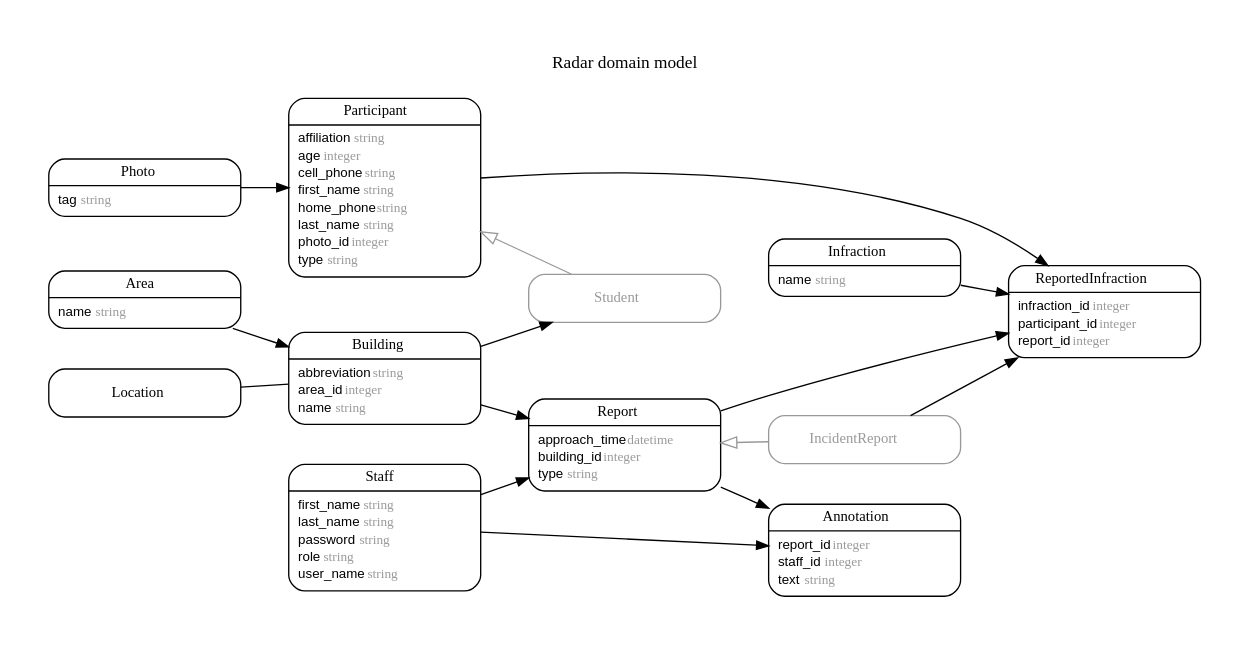
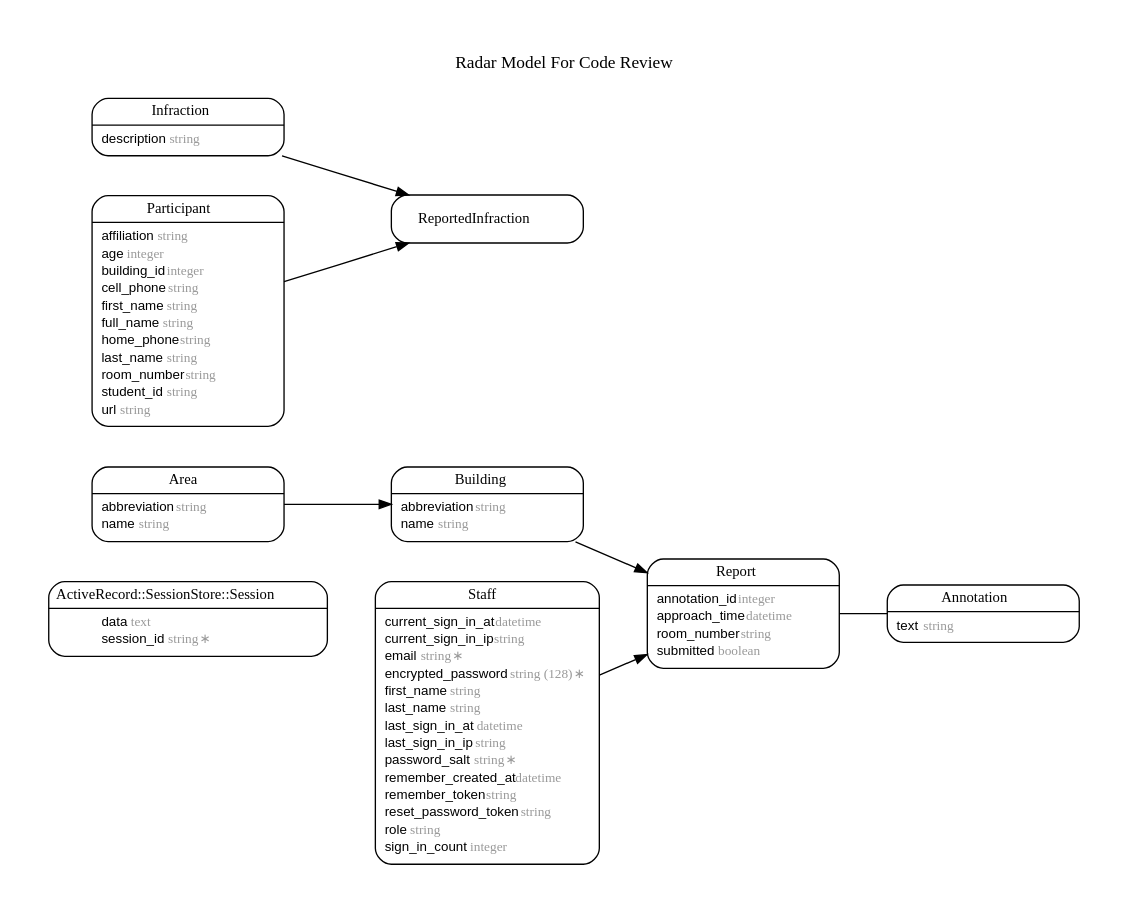
Before and after one commit to rkgordon3/radar: the diagram in ERD.dot, drawn with Graphviz. The commit also changed 5 other files, not shown here.

Commit message:
working on code review (commenting and clean-up mostly)

```diff
--- a/ERD.dot
+++ b/ERD.dot
@@ -1,123 +1,109 @@
 digraph Radar {
-  rankdir = "LR"; ranksep = "0.5"; nodesep = "0.4"; pad = "0.4,0.4"; margin = "0,0"; concentrate = "true"; labelloc = "t"; fontsize = "13"; fontname = "Arial Bold";
-  node [shape = "Mrecord", fontsize = "10", fontname = "Arial", margin = "0.07,0.05", penwidth = "1.0"];
-  edge [fontname = "Arial", fontsize = "7", dir = "both", arrowsize = "0.9", penwidth = "1.0", labelangle = "32", labeldistance = "1.8"];
-  label = "Radar domain model\n\n";
+  fontsize = "13"; nodesep = "0.4"; fontname = "Arial Bold"; pad = "0.4,0.4"; margin = "0,0"; rankdir = "LR"; concentrate = "true"; labelloc = "t"; ranksep = "0.5";
+  node [fontsize = "10", fontname = "Arial", margin = "0.07,0.05", shape = "Mrecord", penwidth = "1.0"];
+  edge [fontsize = "7", arrowsize = "0.9", fontname = "Arial", labelangle = "32", labeldistance = "1.8", dir = "both", penwidth = "1.0"];
+  label = "Radar Model For Code Review\n\n";
+  "ActiveRecord::SessionStore::Session" [label = <<table border="0" align="center" cellspacing="0.5" cellpadding="0" width="134">
+  <tr><td align="center" valign="bottom" width="130"><font face="Arial Bold" point-size="11">ActiveRecord::SessionStore::Session</font></td></tr>
+</table>
+|
+<table border="0" align="left" cellspacing="2" cellpadding="0" width="134">
+  <tr><td align="left" width="130" port="data">data <font face="Arial Italic" color="grey60">text</font></td></tr>
+  <tr><td align="left" width="130" port="session_id">session_id <font face="Arial Italic" color="grey60">string ∗</font></td></tr>
+</table>
+>];
   Annotation [label = <<table border="0" align="center" cellspacing="0.5" cellpadding="0" width="134">
   <tr><td align="center" valign="bottom" width="130"><font face="Arial Bold" point-size="11">Annotation</font></td></tr>
 </table>
 |
 <table border="0" align="left" cellspacing="2" cellpadding="0" width="134">
-  <tr><td align="left" width="130" port="report_id">report_id <font face="Arial Italic" color="grey60">integer</font></td></tr>
-  <tr><td align="left" width="130" port="staff_id">staff_id <font face="Arial Italic" color="grey60">integer</font></td></tr>
   <tr><td align="left" width="130" port="text">text <font face="Arial Italic" color="grey60">string</font></td></tr>
 </table>
 >];
   Area [label = <<table border="0" align="center" cellspacing="0.5" cellpadding="0" width="134">
   <tr><td align="center" valign="bottom" width="130"><font face="Arial Bold" point-size="11">Area</font></td></tr>
 </table>
 |
 <table border="0" align="left" cellspacing="2" cellpadding="0" width="134">
+  <tr><td align="left" width="130" port="abbreviation">abbreviation <font face="Arial Italic" color="grey60">string</font></td></tr>
   <tr><td align="left" width="130" port="name">name <font face="Arial Italic" color="grey60">string</font></td></tr>
 </table>
 >];
   Building [label = <<table border="0" align="center" cellspacing="0.5" cellpadding="0" width="134">
   <tr><td align="center" valign="bottom" width="130"><font face="Arial Bold" point-size="11">Building</font></td></tr>
 </table>
 |
 <table border="0" align="left" cellspacing="2" cellpadding="0" width="134">
   <tr><td align="left" width="130" port="abbreviation">abbreviation <font face="Arial Italic" color="grey60">string</font></td></tr>
-  <tr><td align="left" width="130" port="area_id">area_id <font face="Arial Italic" color="grey60">integer</font></td></tr>
   <tr><td align="left" width="130" port="name">name <font face="Arial Italic" color="grey60">string</font></td></tr>
-</table>
->];
-  IncidentReport [color = "grey60", fontcolor = "grey60", label = <<table border="0" align="center" cellspacing="0.5" cellpadding="0" width="134">
-  <tr><td align="center" valign="bottom" width="130"><font face="Arial Bold" point-size="11">IncidentReport</font></td></tr>
 </table>
 >];
   Infraction [label = <<table border="0" align="center" cellspacing="0.5" cellpadding="0" width="134">
   <tr><td align="center" valign="bottom" width="130"><font face="Arial Bold" point-size="11">Infraction</font></td></tr>
 </table>
 |
 <table border="0" align="left" cellspacing="2" cellpadding="0" width="134">
-  <tr><td align="left" width="130" port="name">name <font face="Arial Italic" color="grey60">string</font></td></tr>
-</table>
->];
-  Location [label = <<table border="0" align="center" cellspacing="0.5" cellpadding="0" width="134">
-  <tr><td align="center" valign="bottom" width="130"><font face="Arial Bold" point-size="11">Location</font></td></tr>
+  <tr><td align="left" width="130" port="description">description <font face="Arial Italic" color="grey60">string</font></td></tr>
 </table>
 >];
   Participant [label = <<table border="0" align="center" cellspacing="0.5" cellpadding="0" width="134">
   <tr><td align="center" valign="bottom" width="130"><font face="Arial Bold" point-size="11">Participant</font></td></tr>
 </table>
 |
 <table border="0" align="left" cellspacing="2" cellpadding="0" width="134">
   <tr><td align="left" width="130" port="affiliation">affiliation <font face="Arial Italic" color="grey60">string</font></td></tr>
   <tr><td align="left" width="130" port="age">age <font face="Arial Italic" color="grey60">integer</font></td></tr>
+  <tr><td align="left" width="130" port="building_id">building_id <font face="Arial Italic" color="grey60">integer</font></td></tr>
   <tr><td align="left" width="130" port="cell_phone">cell_phone <font face="Arial Italic" color="grey60">string</font></td></tr>
   <tr><td align="left" width="130" port="first_name">first_name <font face="Arial Italic" color="grey60">string</font></td></tr>
+  <tr><td align="left" width="130" port="full_name">full_name <font face="Arial Italic" color="grey60">string</font></td></tr>
   <tr><td align="left" width="130" port="home_phone">home_phone <font face="Arial Italic" color="grey60">string</font></td></tr>
   <tr><td align="left" width="130" port="last_name">last_name <font face="Arial Italic" color="grey60">string</font></td></tr>
-  <tr><td align="left" width="130" port="photo_id">photo_id <font face="Arial Italic" color="grey60">integer</font></td></tr>
-  <tr><td align="left" width="130" port="type">type <font face="Arial Italic" color="grey60">string</font></td></tr>
-</table>
->];
-  Photo [label = <<table border="0" align="center" cellspacing="0.5" cellpadding="0" width="134">
-  <tr><td align="center" valign="bottom" width="130"><font face="Arial Bold" point-size="11">Photo</font></td></tr>
-</table>
-|
-<table border="0" align="left" cellspacing="2" cellpadding="0" width="134">
-  <tr><td align="left" width="130" port="tag">tag <font face="Arial Italic" color="grey60">string</font></td></tr>
+  <tr><td align="left" width="130" port="room_number">room_number <font face="Arial Italic" color="grey60">string</font></td></tr>
+  <tr><td align="left" width="130" port="student_id">student_id <font face="Arial Italic" color="grey60">string</font></td></tr>
+  <tr><td align="left" width="130" port="url">url <font face="Arial Italic" color="grey60">string</font></td></tr>
 </table>
 >];
   Report [label = <<table border="0" align="center" cellspacing="0.5" cellpadding="0" width="134">
   <tr><td align="center" valign="bottom" width="130"><font face="Arial Bold" point-size="11">Report</font></td></tr>
 </table>
 |
 <table border="0" align="left" cellspacing="2" cellpadding="0" width="134">
+  <tr><td align="left" width="130" port="annotation_id">annotation_id <font face="Arial Italic" color="grey60">integer</font></td></tr>
   <tr><td align="left" width="130" port="approach_time">approach_time <font face="Arial Italic" color="grey60">datetime</font></td></tr>
-  <tr><td align="left" width="130" port="building_id">building_id <font face="Arial Italic" color="grey60">integer</font></td></tr>
-  <tr><td align="left" width="130" port="type">type <font face="Arial Italic" color="grey60">string</font></td></tr>
+  <tr><td align="left" width="130" port="room_number">room_number <font face="Arial Italic" color="grey60">string</font></td></tr>
+  <tr><td align="left" width="130" port="submitted">submitted <font face="Arial Italic" color="grey60">boolean</font></td></tr>
 </table>
 >];
   ReportedInfraction [label = <<table border="0" align="center" cellspacing="0.5" cellpadding="0" width="134">
   <tr><td align="center" valign="bottom" width="130"><font face="Arial Bold" point-size="11">ReportedInfraction</font></td></tr>
-</table>
-|
-<table border="0" align="left" cellspacing="2" cellpadding="0" width="134">
-  <tr><td align="left" width="130" port="infraction_id">infraction_id <font face="Arial Italic" color="grey60">integer</font></td></tr>
-  <tr><td align="left" width="130" port="participant_id">participant_id <font face="Arial Italic" color="grey60">integer</font></td></tr>
-  <tr><td align="left" width="130" port="report_id">report_id <font face="Arial Italic" color="grey60">integer</font></td></tr>
 </table>
 >];
   Staff [label = <<table border="0" align="center" cellspacing="0.5" cellpadding="0" width="134">
   <tr><td align="center" valign="bottom" width="130"><font face="Arial Bold" point-size="11">Staff</font></td></tr>
 </table>
 |
 <table border="0" align="left" cellspacing="2" cellpadding="0" width="134">
+  <tr><td align="left" width="130" port="current_sign_in_at">current_sign_in_at <font face="Arial Italic" color="grey60">datetime</font></td></tr>
+  <tr><td align="left" width="130" port="current_sign_in_ip">current_sign_in_ip <font face="Arial Italic" color="grey60">string</font></td></tr>
+  <tr><td align="left" width="130" port="email">email <font face="Arial Italic" color="grey60">string ∗</font></td></tr>
+  <tr><td align="left" width="130" port="encrypted_password">encrypted_password <font face="Arial Italic" color="grey60">string (128) ∗</font></td></tr>
   <tr><td align="left" width="130" port="first_name">first_name <font face="Arial Italic" color="grey60">string</font></td></tr>
   <tr><td align="left" width="130" port="last_name">last_name <font face="Arial Italic" color="grey60">string</font></td></tr>
-  <tr><td align="left" width="130" port="password">password <font face="Arial Italic" color="grey60">string</font></td></tr>
+  <tr><td align="left" width="130" port="last_sign_in_at">last_sign_in_at <font face="Arial Italic" color="grey60">datetime</font></td></tr>
+  <tr><td align="left" width="130" port="last_sign_in_ip">last_sign_in_ip <font face="Arial Italic" color="grey60">string</font></td></tr>
+  <tr><td align="left" width="130" port="password_salt">password_salt <font face="Arial Italic" color="grey60">string ∗</font></td></tr>
+  <tr><td align="left" width="130" port="remember_created_at">remember_created_at <font face="Arial Italic" color="grey60">datetime</font></td></tr>
+  <tr><td align="left" width="130" port="remember_token">remember_token <font face="Arial Italic" color="grey60">string</font></td></tr>
+  <tr><td align="left" width="130" port="reset_password_token">reset_password_token <font face="Arial Italic" color="grey60">string</font></td></tr>
   <tr><td align="left" width="130" port="role">role <font face="Arial Italic" color="grey60">string</font></td></tr>
-  <tr><td align="left" width="130" port="user_name">user_name <font face="Arial Italic" color="grey60">string</font></td></tr>
+  <tr><td align="left" width="130" port="sign_in_count">sign_in_count <font face="Arial Italic" color="grey60">integer</font></td></tr>
 </table>
 >];
-  Student [color = "grey60", fontcolor = "grey60", label = <<table border="0" align="center" cellspacing="0.5" cellpadding="0" width="134">
-  <tr><td align="center" valign="bottom" width="130"><font face="Arial Bold" point-size="11">Student</font></td></tr>
-</table>
->];
-  Participant -> Student [color = "grey60", arrowtail = "onormal", arrowhead = "none", arrowsize = "1.2"]
-  Report -> IncidentReport [color = "grey60", arrowtail = "onormal", arrowhead = "none", arrowsize = "1.2"]
-  Staff -> Annotation [arrowhead = "normal", arrowtail = "none", weight = "1"]
-  Report -> Annotation [arrowhead = "normal", arrowtail = "none", weight = "3"]
-  Area -> Building [arrowhead = "normal", arrowtail = "none", weight = "1"]
-  Staff -> Report [arrowhead = "normal", arrowtail = "none", weight = "2"]
-  Building -> Report [arrowhead = "normal", arrowtail = "none", weight = "2"]
-  IncidentReport -> ReportedInfraction [arrowhead = "normal", arrowtail = "none", weight = "1"]
-  Location -> Building [arrowhead = "none", arrowtail = "none", weight = "1"]
-  Photo -> Participant [arrowhead = "normal", arrowtail = "none", weight = "2"]
-  Building -> Student [arrowhead = "normal", arrowtail = "none", weight = "1"]
-  Report -> ReportedInfraction [arrowhead = "normal", arrowtail = "none", weight = "1"]
-  Participant -> ReportedInfraction [arrowhead = "normal", arrowtail = "none", weight = "1"]
-  Infraction -> ReportedInfraction [arrowhead = "normal", arrowtail = "none", weight = "1"]
+  Area -> Building [arrowhead = "normal", weight = "1", arrowtail = "none"]
+  Staff -> Report [arrowhead = "normal", weight = "2", arrowtail = "none"]
+  Building -> Report [arrowhead = "normal", weight = "2", arrowtail = "none"]
+  Report -> Annotation [arrowhead = "none", weight = "1", arrowtail = "none"]
+  Infraction -> ReportedInfraction [arrowhead = "normal", weight = "1", arrowtail = "none"]
+  Participant -> ReportedInfraction [arrowhead = "normal", weight = "1", arrowtail = "none"]
 }
```
